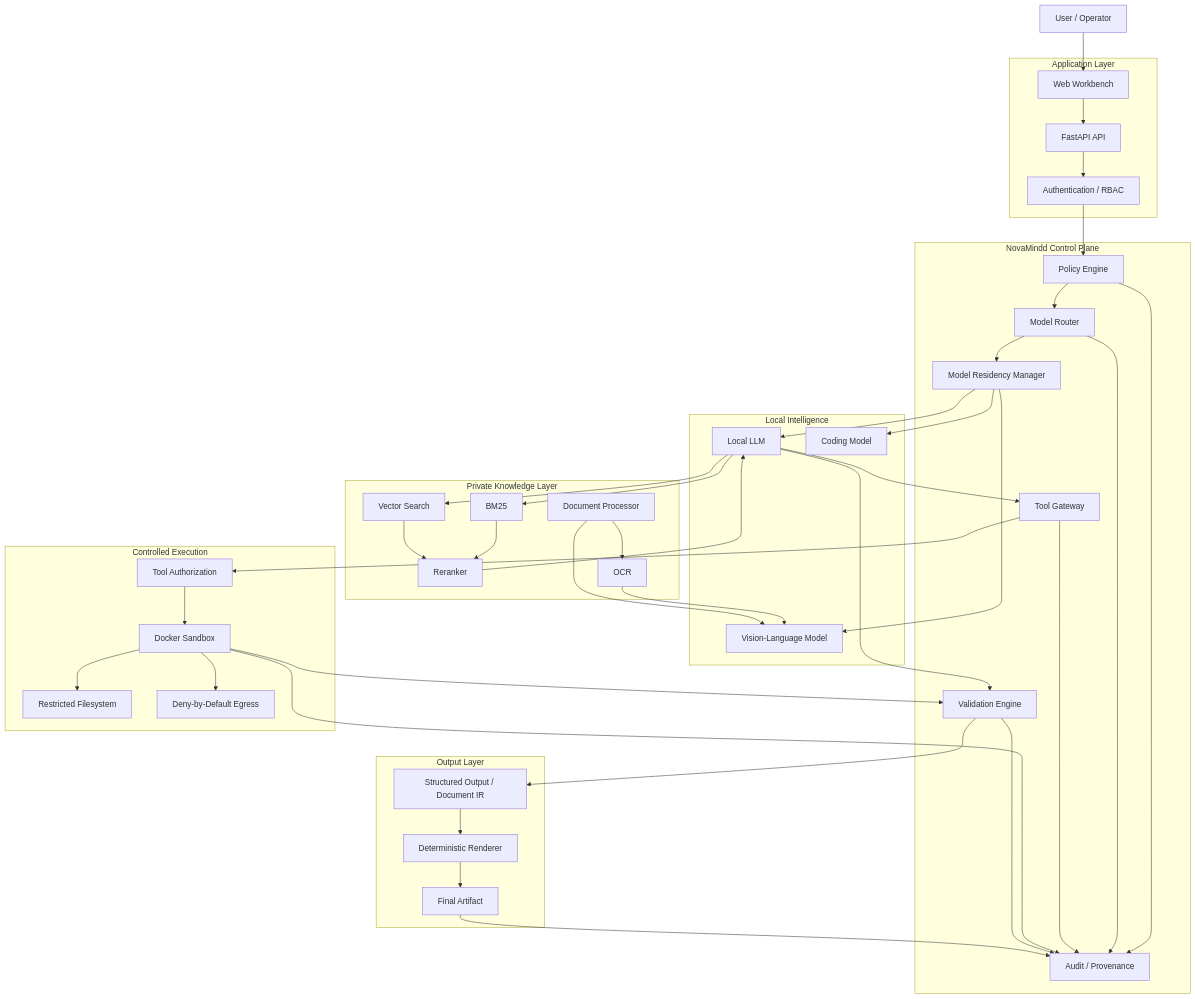
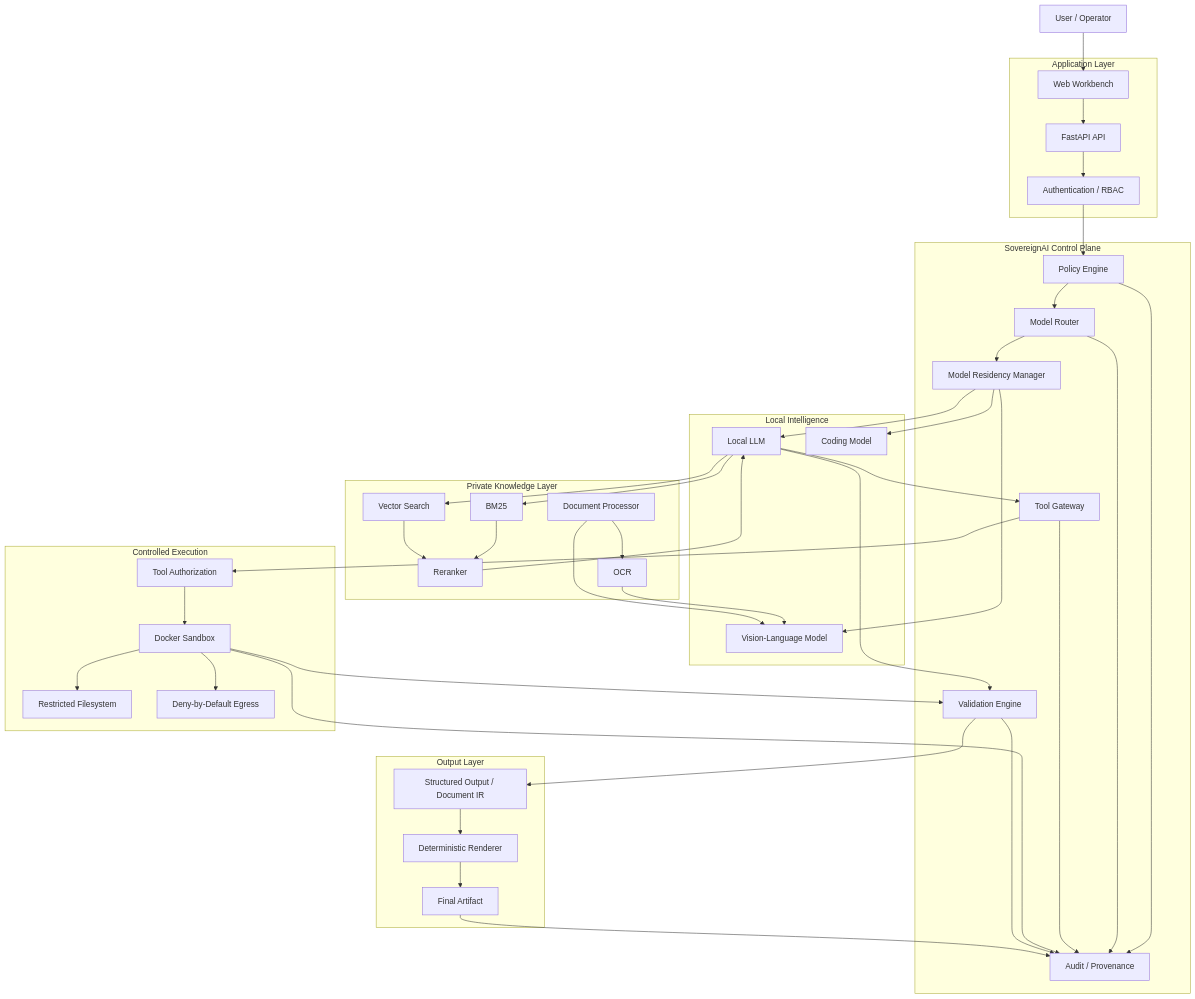
The first of 6 diagrams in README.md (Ayush-Agarwal101/NovaMindd), drawn with Mermaid before and after one commit. The commit also changed other lines of this file and 15 other files, not shown here.

```diff
--- a/README.md
+++ b/README.md
@@ -225,7 +226,7 @@
         AUTH[Authentication / RBAC]
     end
 
-    subgraph CONTROL["NovaMindd Control Plane"]
+    subgraph CONTROL["SovereignAI Control Plane"]
         POLICY[Policy Engine]
         ROUTER[Model Router]
         RESIDENCY[Model Residency Manager]
```
